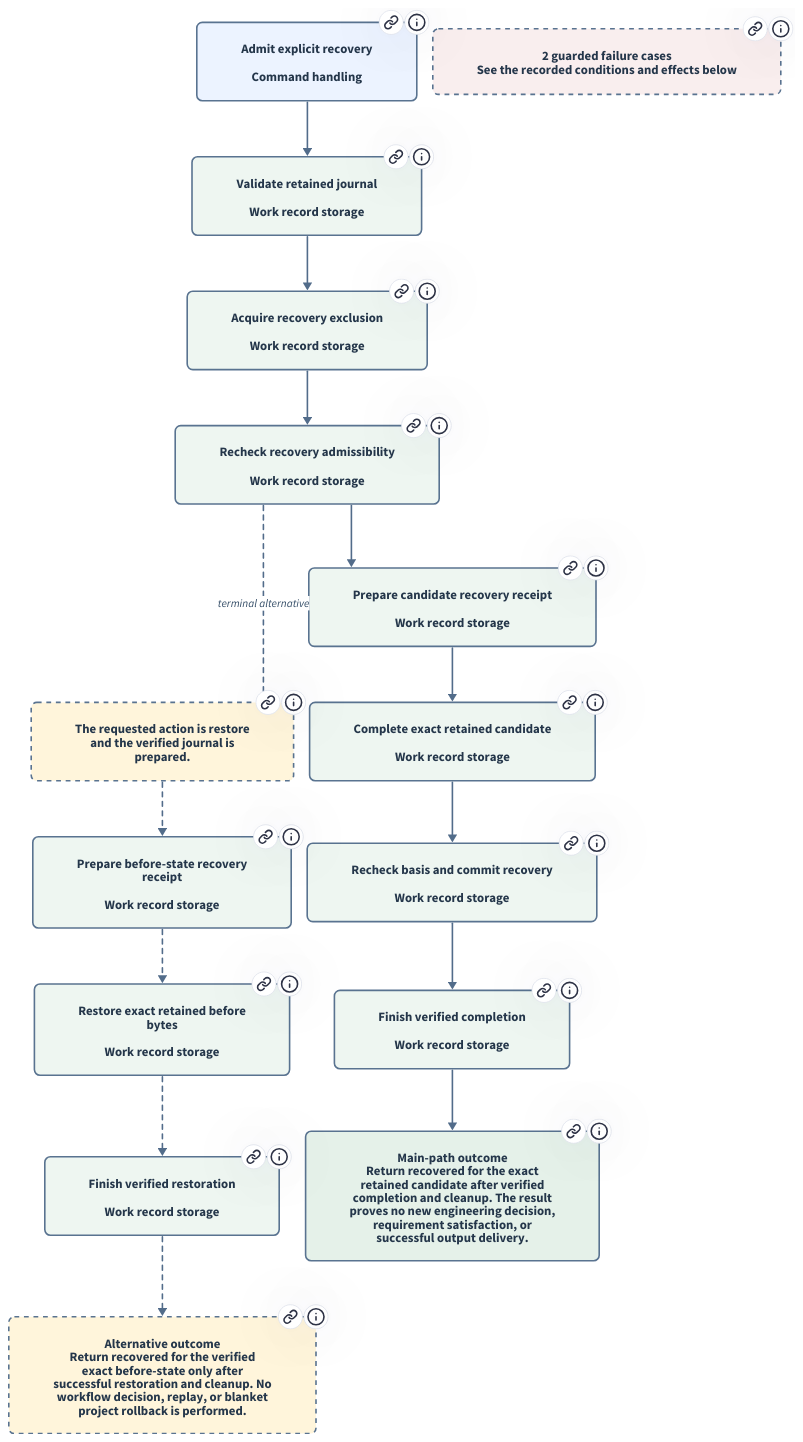
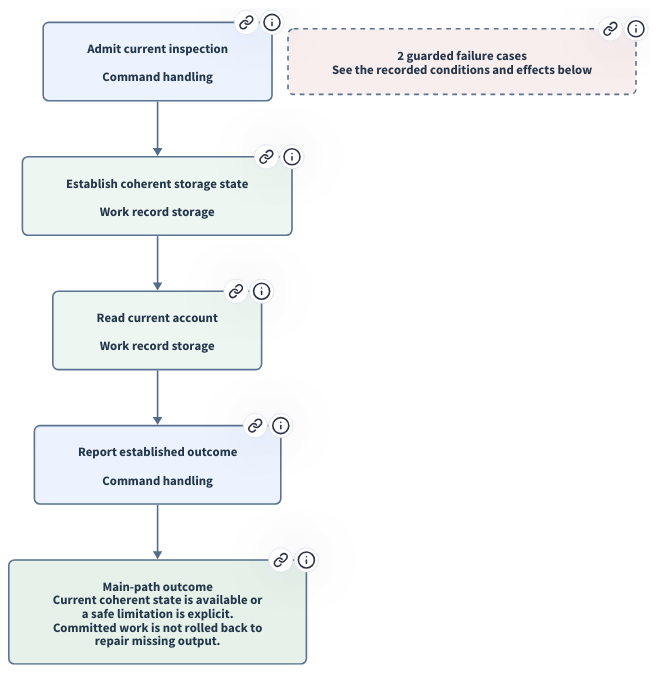
One commit to xiongxianfei/rigorloop changed the diagram in design/architecture/views/browser/diagrams/process-recovery.d2. Above: the diagram before and after it, drawn with D2. The commit also changed 512 other files, not shown here.

Commit message:
Implement requirement-first workflow and local SQLite handoffs

```diff
--- a/design/architecture/views/browser/diagrams/process-recovery.d2
+++ b/design/architecture/views/browser/diagrams/process-recovery.d2
@@ -1,21 +1,21 @@
 # Generated from explicit REM realization facts; do not edit.
-# Source identity: 53f63fcf1ca7513ab5f1fd872d338be32ce1bda945a9429ccd0bac1f370c74f1
+# Source identity: 7978be139fe27eda655003b22781018baac550ab5be13f735b6a2800fc2e5371
 # Source-observed control flow for the selected record operation. Solid arrows follow the recorded main-step order; dashed paths are conditional terminal alternatives and never rejoin. Failures are listed separately because their records do not identify a single triggering step. Scroll vertically to follow the remaining stages and terminal alternatives. This source projection is not an executed transaction or durability result.
 vars: { d2-config: { layout-engine: elk } }
 direction: down
 
-n_6d61696e3a30: "Admit explicit recovery\n\nCommand handling" {
+n_6d61696e3a30: "Admit current inspection\n\nCommand handling" {
   link: "#process/interaction/recovery"
-  tooltip: "Admit explicit recovery; Command handling (MOD-010); Validate selectors and the closed complete/restore action before dispatching the exact recovery request to executeRecordStore."
+  tooltip: "Admit current inspection; Command handling (MOD-010); Admit an ordinary scoped read without choosing a recovery action."
   style.fill: "#ECF3FF"
   style.stroke: "#597390"
   style.font-color: "#24364A"
   style.font-size: 16
   style.border-radius: 7
 }
-n_6d61696e3a31: "Validate retained journal\n\nWork record storage" {
+n_6d61696e3a31: "Establish coherent storage state\n\nWork record storage" {
   link: "#process/interaction/recovery"
-  tooltip: "Validate retained journal; Work record storage (MOD-011); Before exclusion, load the expected journal bytes and verify their digest, transaction/change identity, canonical encoding, supported version and prepared/committed phase, snapshot content hashes, scope, preservation, write/read sets, and tracked directory identities."
+  tooltip: "Establish coherent storage state; Work record storage (MOD-011); Open supported SQLite state; internal recovery determines committed/uncommitted outcome without replay."
   style.fill: "#EEF6F1"
   style.stroke: "#597390"
   style.font-color: "#24364A"
@@ -28,9 +28,9 @@
   style.fill: "#FFFFFF"
   style.font-size: 14
 }
-n_6d61696e3a32: "Acquire recovery exclusion\n\nWork record storage" {
+n_6d61696e3a32: "Read current account\n\nWork record storage" {
   link: "#process/interaction/recovery"
-  tooltip: "Acquire recovery exclusion; Work record storage (MOD-011); Reject a live competing lock owner. Remove an exactly observed stale owner lock when admitted, exclusively acquire a new owned lock, and update the epoch. Private coordination effects are distinct from authoritative recovery."
+  tooltip: "Read current account; Work record storage (MOD-011); Read coherent typed rows and current revision; report busy/unavailable where not established."
   style.fill: "#EEF6F1"
   style.stroke: "#597390"
   style.font-color: "#24364A"
@@ -43,10 +43,10 @@
   style.fill: "#FFFFFF"
   style.font-size: 14
 }
-n_6d61696e3a33: "Recheck recovery admissibility\n\nWork record storage" {
+n_6d61696e3a33: "Report established outcome\n\nCommand handling" {
   link: "#process/interaction/recovery"
-  tooltip: "Recheck recovery admissibility; Work record storage (MOD-011); Reload the exact expected journal under exclusion and require every observed target to equal its retained before or candidate identity, including absence. A committed journal requires candidate identities and rejects restore; it cannot authorize rollback."
-  style.fill: "#EEF6F1"
+  tooltip: "Report established outcome; Command handling (MOD-010); Return actual current account and limitations; caller decides any next task."
+  style.fill: "#ECF3FF"
   style.stroke: "#597390"
   style.font-color: "#24364A"
   style.font-size: 16
@@ -58,158 +58,16 @@
   style.fill: "#FFFFFF"
   style.font-size: 14
 }
-n_6272616e63683a333a303a636f6e646974696f6e: "The requested action is restore\nand the verified journal is\nprepared." {
+outcome: "Main-path outcome\nCurrent coherent state is available or\na safe limitation is explicit.\nCommitted work is not rolled back to\nrepair missing output." {
   link: "#process/interaction/recovery"
-  tooltip: "The requested action is restore and the verified journal is prepared."
-  style.fill: "#FFF5DB"
-  style.stroke: "#597390"
-  style.font-color: "#24364A"
-  style.font-size: 16
-  style.border-radius: 7
-  style.stroke-dash: 3
-}
-n_6d61696e3a33 -> n_6272616e63683a333a303a636f6e646974696f6e: "terminal alternative" {
-  style.stroke: "#526C8A"
-  style.font-color: "#344D67"
-  style.fill: "#FFFFFF"
-  style.font-size: 14
-  style.stroke-dash: 3
-}
-n_6272616e63683a333a303a737465703a30: "Prepare before-state recovery\nreceipt\n\nWork record storage" {
-  link: "#process/interaction/recovery"
-  tooltip: "Prepare before-state recovery receipt; Work record storage (MOD-011); Prepare and validate the recovered result against the exact retained before-set before touching authoritative files. Restoration does not require external read-basis files to retain their old values and never writes those files."
-  style.fill: "#EEF6F1"
-  style.stroke: "#597390"
-  style.font-color: "#24364A"
-  style.font-size: 16
-  style.border-radius: 7
-}
-n_6272616e63683a333a303a636f6e646974696f6e -> n_6272616e63683a333a303a737465703a30 {
-  style.stroke: "#526C8A"
-  style.font-color: "#344D67"
-  style.fill: "#FFFFFF"
-  style.font-size: 14
-  style.stroke-dash: 3
-}
-n_6272616e63683a333a303a737465703a31: "Restore exact retained before\nbytes\n\nWork record storage" {
-  link: "#process/interaction/recovery"
-  tooltip: "Restore exact retained before bytes; Work record storage (MOD-011); Publish the retained before-set with repeated exclusion, containment, and known-state checks. Remove only permitted transaction-created files and tracked empty directories; do not overwrite an observed third state or unrelated content."
-  style.fill: "#EEF6F1"
-  style.stroke: "#597390"
-  style.font-color: "#24364A"
-  style.font-size: 16
-  style.border-radius: 7
-}
-n_6272616e63683a333a303a737465703a30 -> n_6272616e63683a333a303a737465703a31 {
-  style.stroke: "#526C8A"
-  style.font-color: "#344D67"
-  style.fill: "#FFFFFF"
-  style.font-size: 14
-  style.stroke-dash: 3
-}
-n_6272616e63683a333a303a737465703a32: "Finish verified restoration\n\nWork record storage" {
-  link: "#process/interaction/recovery"
-  tooltip: "Finish verified restoration; Work record storage (MOD-011); Verify the terminal before identities, remove the retained journal, release owned exclusion, and return the prepared recovered receipt. Failure at any point preserves an explicit incomplete/unknown outcome for reinspection."
-  style.fill: "#EEF6F1"
-  style.stroke: "#597390"
-  style.font-color: "#24364A"
-  style.font-size: 16
-  style.border-radius: 7
-}
-n_6272616e63683a333a303a737465703a31 -> n_6272616e63683a333a303a737465703a32 {
-  style.stroke: "#526C8A"
-  style.font-color: "#344D67"
-  style.fill: "#FFFFFF"
-  style.font-size: 14
-  style.stroke-dash: 3
-}
-n_6272616e63683a333a303a6f7574636f6d65: "Alternative outcome\nReturn recovered for the verified\nexact before-state only after\nsuccessful restoration and cleanup. No\nworkflow decision, replay, or blanket\nproject rollback is performed." {
-  link: "#process/interaction/recovery"
-  tooltip: "Return recovered for the verified exact before-state only after successful restoration and cleanup. No workflow decision, replay, or blanket project rollback is performed."
-  style.fill: "#FFF5DB"
-  style.stroke: "#597390"
-  style.font-color: "#24364A"
-  style.font-size: 16
-  style.border-radius: 7
-  style.stroke-dash: 3
-}
-n_6272616e63683a333a303a737465703a32 -> n_6272616e63683a333a303a6f7574636f6d65 {
-  style.stroke: "#526C8A"
-  style.font-color: "#344D67"
-  style.fill: "#FFFFFF"
-  style.font-size: 14
-  style.stroke-dash: 3
-}
-n_6d61696e3a34: "Prepare candidate recovery receipt\n\nWork record storage" {
-  link: "#process/interaction/recovery"
-  tooltip: "Prepare candidate recovery receipt; Work record storage (MOD-011); For complete, verify the retained declared read basis and prepare/validate a recovered result against the exact retained candidate before authoritative writes. The advanced recovery result is prepared within Store.prepareResult."
-  style.fill: "#EEF6F1"
-  style.stroke: "#597390"
-  style.font-color: "#24364A"
-  style.font-size: 16
-  style.border-radius: 7
-}
-n_6d61696e3a33 -> n_6d61696e3a34 {
-  style.stroke: "#526C8A"
-  style.font-color: "#344D67"
-  style.fill: "#FFFFFF"
-  style.font-size: 14
-}
-n_6d61696e3a35: "Complete exact retained candidate\n\nWork record storage" {
-  link: "#process/interaction/recovery"
-  tooltip: "Complete exact retained candidate; Work record storage (MOD-011); Publish the retained candidate with repeated owned-lock, path, target before/candidate, and decision-basis checks. A committed journal permits only candidate bytes; unknown values stop completion."
-  style.fill: "#EEF6F1"
-  style.stroke: "#597390"
-  style.font-color: "#24364A"
-  style.font-size: 16
-  style.border-radius: 7
-}
-n_6d61696e3a34 -> n_6d61696e3a35 {
-  style.stroke: "#526C8A"
-  style.font-color: "#344D67"
-  style.fill: "#FFFFFF"
-  style.font-size: 14
-}
-n_6d61696e3a36: "Recheck basis and commit recovery\n\nWork record storage" {
-  link: "#process/interaction/recovery"
-  tooltip: "Recheck basis and commit recovery; Work record storage (MOD-011); Recheck declared reads after candidate publication. For a prepared journal, observed basis drift attempts guarded restoration before reporting failure. Otherwise persist phase=committed; a previously committed journal is never rolled back."
-  style.fill: "#EEF6F1"
-  style.stroke: "#597390"
-  style.font-color: "#24364A"
-  style.font-size: 16
-  style.border-radius: 7
-}
-n_6d61696e3a35 -> n_6d61696e3a36 {
-  style.stroke: "#526C8A"
-  style.font-color: "#344D67"
-  style.fill: "#FFFFFF"
-  style.font-size: 14
-}
-n_6d61696e3a37: "Finish verified completion\n\nWork record storage" {
-  link: "#process/interaction/recovery"
-  tooltip: "Finish verified completion; Work record storage (MOD-011); Remove the verified terminal journal, release the owned lock, and return the prepared recovered result. Interrupted cleanup or a subsequent failure requires reinspection with the current recovery identity."
-  style.fill: "#EEF6F1"
-  style.stroke: "#597390"
-  style.font-color: "#24364A"
-  style.font-size: 16
-  style.border-radius: 7
-}
-n_6d61696e3a36 -> n_6d61696e3a37 {
-  style.stroke: "#526C8A"
-  style.font-color: "#344D67"
-  style.fill: "#FFFFFF"
-  style.font-size: 14
-}
-outcome: "Main-path outcome\nReturn recovered for the exact\nretained candidate after verified\ncompletion and cleanup. The result\nproves no new engineering decision,\nrequirement satisfaction, or\nsuccessful output delivery." {
-  link: "#process/interaction/recovery"
-  tooltip: "Return recovered for the exact retained candidate after verified completion and cleanup. The result proves no new engineering decision, requirement satisfaction, or successful output delivery."
+  tooltip: "Current coherent state is available or a safe limitation is explicit. Committed work is not rolled back to repair missing output."
   style.fill: "#E5F1E9"
   style.stroke: "#597390"
   style.font-color: "#24364A"
   style.font-size: 16
   style.border-radius: 7
 }
-n_6d61696e3a37 -> outcome {
+n_6d61696e3a33 -> outcome {
   style.stroke: "#526C8A"
   style.font-color: "#344D67"
   style.fill: "#FFFFFF"
@@ -217,7 +75,7 @@
 }
 failures: "2 guarded failure cases\nSee the recorded conditions and effects below" {
   link: "#process/interaction/recovery"
-  tooltip: "A selected journal, snapshot, target, action, version, or identity is missing, changed, incompatible, or untrusted; a target matches neither retained side.\nStop recovery without guessing state or replaying actor intent. The advanced wrapper reports recovery-required, except a live writer is busy.\nChecks made before exclusion produce no recovery writes; later rejection may follow private lock/epoch effects. Missing recovery metadata is reported as unavailable, not invented.; A committed journal with an observed before-state target is inconsistent and rejected. Restore is rejected even when a committed journal otherwise validates.\n\nCompletion observes changed declared read basis, or a restore/complete filesystem operation or cleanup is interrupted.\nKeep the actual incomplete or uncertain recovery outcome explicit; reinspection and an explicitly selected current recovery identity are required.\nBefore committed phase, the source may attempt exact guarded restoration after post-publication basis drift. That attempt is not a guarantee that all previous bytes were restored.; After committed phase, no recovery path restores before bytes. Retained evidence and known target identities govern completion/cleanup, not a blind retry."
+  tooltip: "Corrupt, unsupported or unavailable store.\nStop without guessed repair or empty replacement.\nNo new engineering decision is written.\n\nInspection is interrupted or exclusion prevents access.\nReport only established busy/unavailable standing; later fresh inspection is permitted.\nNo semantic replay or duplicate task."
   style.fill: "#F9EEEE"
   style.stroke: "#597390"
   style.font-color: "#24364A"
```
